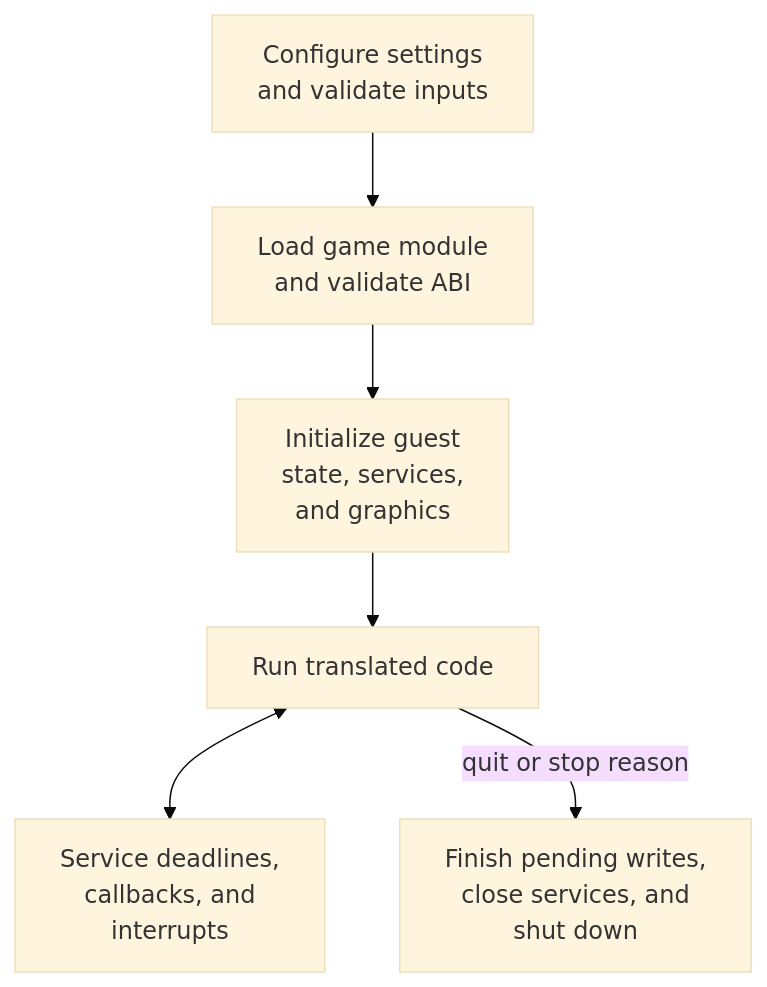
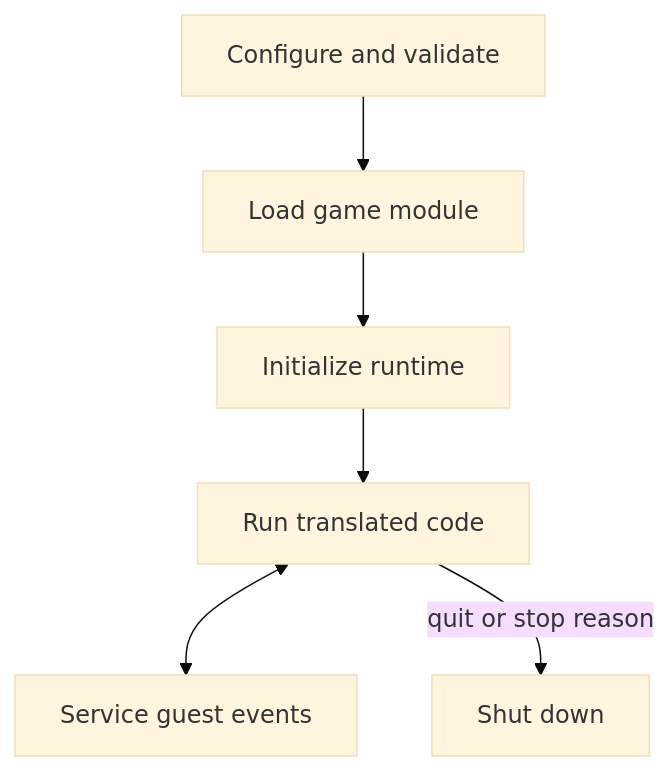
The eighth of 9 diagrams in docs/architecture/Host.md (Aelbannan/boat_of_daphnes), drawn with Mermaid (base theme) before and after one commit. The commit also changed other lines of this file, not shown here.

Commit message:
Simplify Host diagram labels

````diff
--- a/docs/architecture/Host.md
+++ b/docs/architecture/Host.md
@@ -281,21 +245,13 @@
 ```mermaid
 flowchart TD
-    Configure["`Configure settings
-and validate inputs`"]
-    Load["`Load game module
-and validate ABI`"]
-    Initialize["`Initialize guest
-state, services,
-and graphics`"]
+    Configure["Configure and validate"]
+    Load["Load game module"]
+    Initialize["Initialize runtime"]
     Run["Run translated code"]
-    Service["`Service deadlines,
-callbacks, and
-interrupts`"]
-    Stop["`Finish pending writes,
-close services, and
-shut down`"]
+    Service["Service guest events"]
+    Stop["Shut down"]
 
     Configure --> Load --> Initialize --> Run
     Run <--> Service
     Run -->|"quit or stop reason"| Stop
 ```
````
